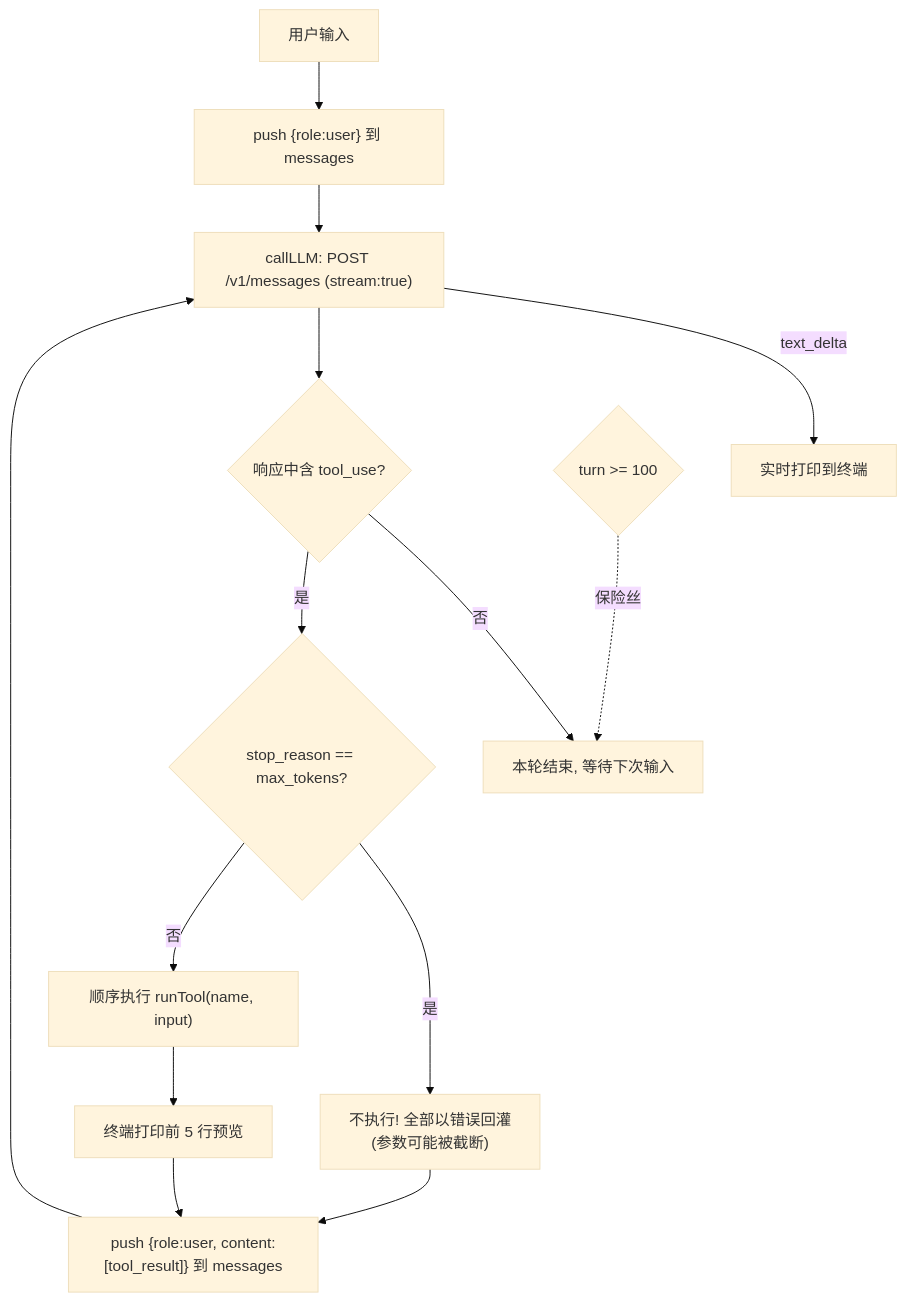
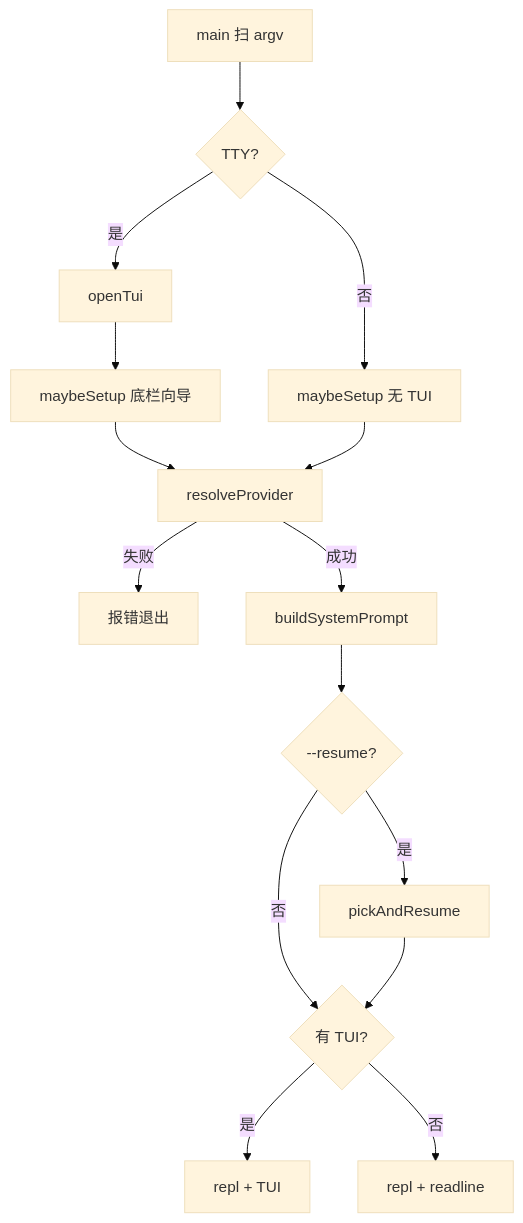
Before and after one commit to tmjwjx/ti: the first of 2 diagrams in docs/ARCHITECTURE.md, drawn with Mermaid (base theme). The commit also changed other lines of this file and 4 other files, not shown here.

````diff
--- a/docs/ARCHITECTURE.md
+++ b/docs/ARCHITECTURE.md
@@ -47,16 +74,17 @@
 ```mermaid
 flowchart TD
-    A[用户输入] --> B["push {role:user} 到 messages"]
-    B --> C["callLLM: POST /v1/messages (stream:true)"]
-    C -->|text_delta| P[实时打印到终端]
-    C --> D{响应中含 tool_use?}
-    D -- 否 --> E[本轮结束, 等待下次输入]
-    D -- 是 --> F{"stop_reason == max_tokens?"}
-    F -- 是 --> G["不执行! 全部以错误回灌<br/>(参数可能被截断)"]
-    F -- 否 --> H["顺序执行 runTool(name, input)"]
-    H --> I["终端打印前 5 行预览"]
-    G --> J
-    I --> J["push {role:user, content:[tool_result]} 到 messages"]
-    J --> C
-    K{"turn >= 100"} -.保险丝.-> E
+    A[main 扫 argv] --> B{TTY?}
+    B -- 是 --> C[openTui]
+    B -- 否 --> D[maybeSetup 无 TUI]
+    C --> E[maybeSetup 底栏向导]
+    E --> F[resolveProvider]
+    D --> F
+    F -->|失败| G[报错退出]
+    F -->|成功| H[buildSystemPrompt]
+    H --> R{--resume?}
+    R -- 是 --> S[pickAndResume]
+    R -- 否 --> I
+    S --> I{有 TUI?}
+    I -- 是 --> J[repl + TUI]
+    I -- 否 --> K[repl + readline]
 ```
````
